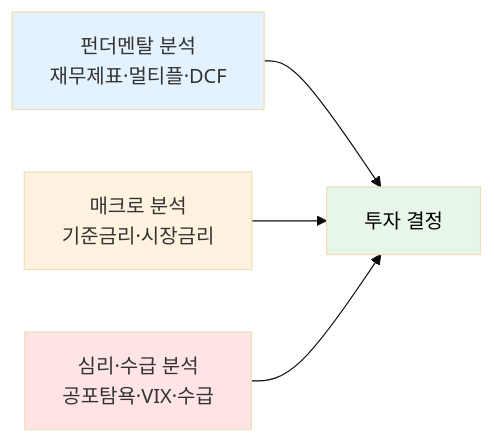
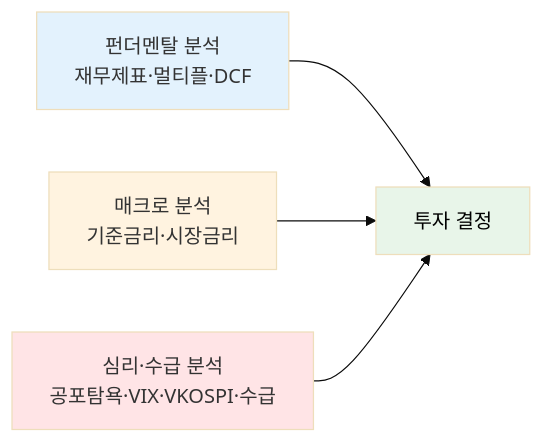
The seventh of 7 diagrams in docs/08.md (edumgt/python-quant), drawn with Mermaid (base theme) before and after one commit. The commit also changed other lines of this file, not shown here.

First line of the commit message:
docs: add VKOSPI guidance alongside VIX in sentiment section

````diff
--- a/docs/08.md
+++ b/docs/08.md
@@ -847,11 +859,11 @@
 ```mermaid
 flowchart LR
     A["펀더멘탈 분석\n재무제표·멀티플·DCF"] --> D["투자 결정"]
     B["매크로 분석\n기준금리·시장금리"] --> D
-    C["심리·수급 분석\n공포탐욕·VIX·수급"] --> D
+    C["심리·수급 분석\n공포탐욕·VIX·VKOSPI·수급"] --> D
 
     style A fill:#E3F2FD
     style B fill:#FFF3E0
     style C fill:#FFE4E6
     style D fill:#E8F5E9,color:#000
 ```
````
